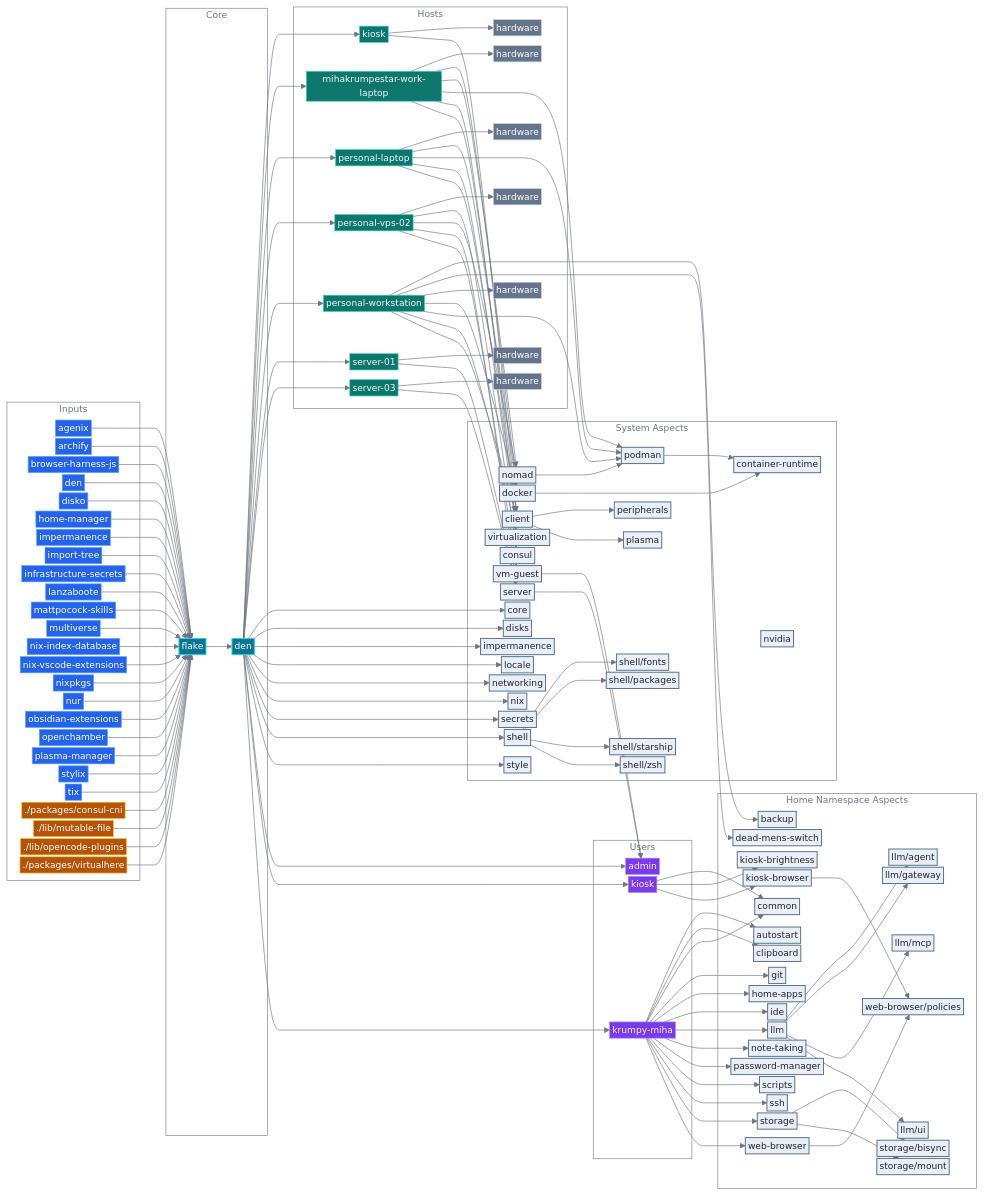
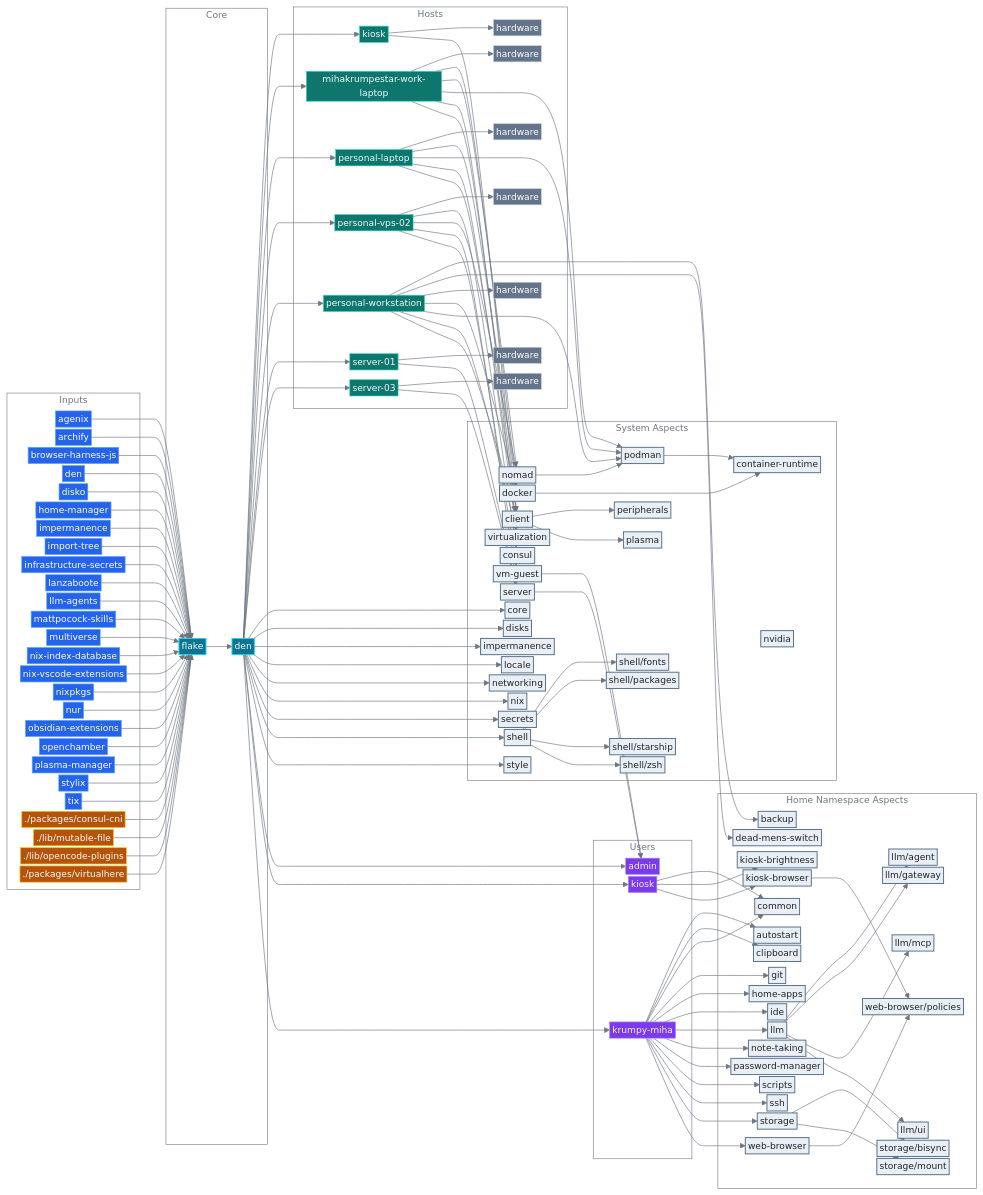
One commit to mihakrumpestar/infrastructure changed the diagram in README.md. Above: the diagram before and after it, drawn with Mermaid. The commit also changed other lines of this file and 5 other files, not shown here.

```diff
--- a/README.md
+++ b/README.md
@@ -142,6 +142,7 @@
         input_import_tree["import-tree"]:::input
         input_infrastructure_secrets["infrastructure-secrets"]:::input
         input_lanzaboote["lanzaboote"]:::input
+        input_llm_agents["llm-agents"]:::input
         input_mattpocock_skills["mattpocock-skills"]:::input
         input_multiverse["multiverse"]:::input
         input_nix_index_database["nix-index-database"]:::input
@@ -310,6 +311,7 @@
     input_import_tree --> flake
     input_infrastructure_secrets --> flake
     input_lanzaboote --> flake
+    input_llm_agents --> flake
     input_mattpocock_skills --> flake
     input_multiverse --> flake
     input_nix_index_database --> flake
```
